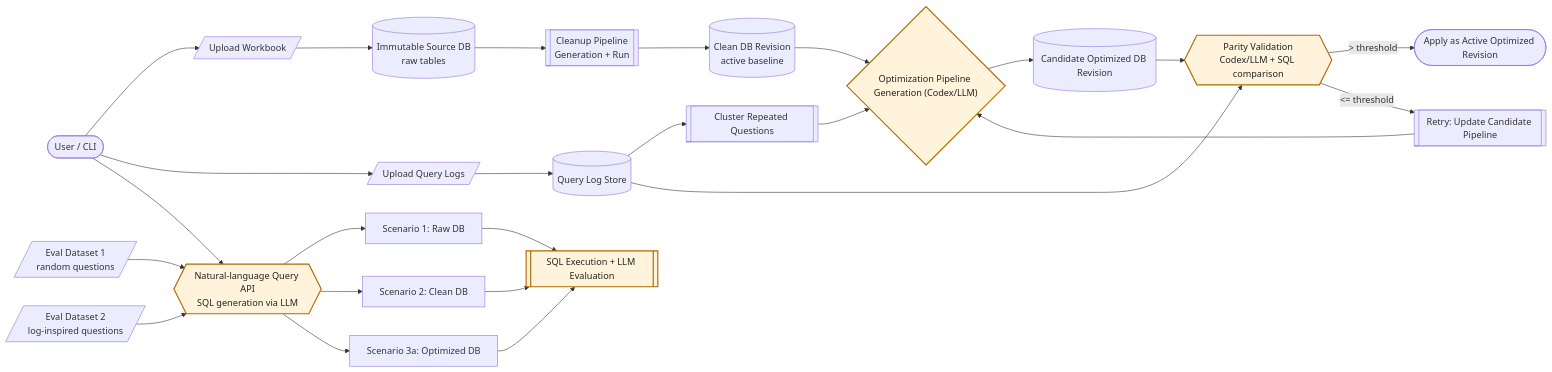
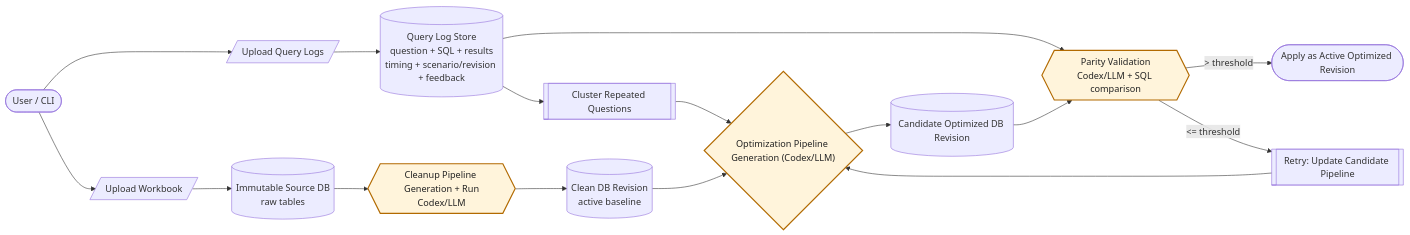
Before and after one commit to isakper/self-updating-database: the first of 2 diagrams in README.md, drawn with Mermaid. The commit also changed other lines of this file, not shown here.

Commit message:
docs: clarify README architecture flows

````diff
--- a/README.md
+++ b/README.md
@@ -53,40 +58,26 @@
 ```mermaid
 flowchart LR
   U([User / CLI]) --> W[/Upload Workbook/]
   U --> L[/Upload Query Logs/]
 
-  W --> S[(Immutable Source DB\nraw tables)]
-  L --> QL[(Query Log Store)]
+  W --> S[("Immutable Source DB<br/>raw tables")]
+  L --> QL[("Query Log Store<br/>question + SQL + results<br/>timing + scenario/revision + feedback")]
 
-  S --> C[[Cleanup Pipeline\nGeneration + Run]]
-  C --> CDB[(Clean DB Revision\nactive baseline)]
+  S --> C{{Cleanup Pipeline Generation + Run<br/>Codex/LLM}}
+  C --> CDB[("Clean DB Revision<br/>active baseline")]
 
   QL --> CL[[Cluster Repeated Questions]]
   CL --> O{"Optimization Pipeline Generation (Codex/LLM)"}
   CDB --> O
 
-  O --> OCDB[(Candidate Optimized DB Revision)]
-  QL --> P{{Parity Validation\nCodex/LLM + SQL comparison}}
+  O --> OCDB[("Candidate Optimized DB Revision")]
+  QL --> P{{Parity Validation<br/>Codex/LLM + SQL comparison}}
   OCDB --> P
 
   P -->|"> threshold"| A([Apply as Active Optimized Revision])
   P -->|"<= threshold"| R[[Retry: Update Candidate Pipeline]]
   R --> O
 
-  D1[/Eval Dataset 1\nrandom questions/]
-  D2[/Eval Dataset 2\nlog-inspired questions/]
-  D1 --> Q
-  D2 --> Q
-
-  U --> Q{{Natural-language Query API\nSQL generation via LLM}}
-  Q --> S1["Scenario 1: Raw DB"]
-  Q --> S2["Scenario 2: Clean DB"]
-  Q --> S3["Scenario 3a: Optimized DB"]
-
-  S1 --> E[[SQL Execution + LLM Evaluation]]
-  S2 --> E
-  S3 --> E
-
   classDef llm fill:#fff4db,stroke:#b26a00,stroke-width:2px,color:#222;
-  class O,P,Q,E llm;
+  class C,O,P llm;
 ```
````
